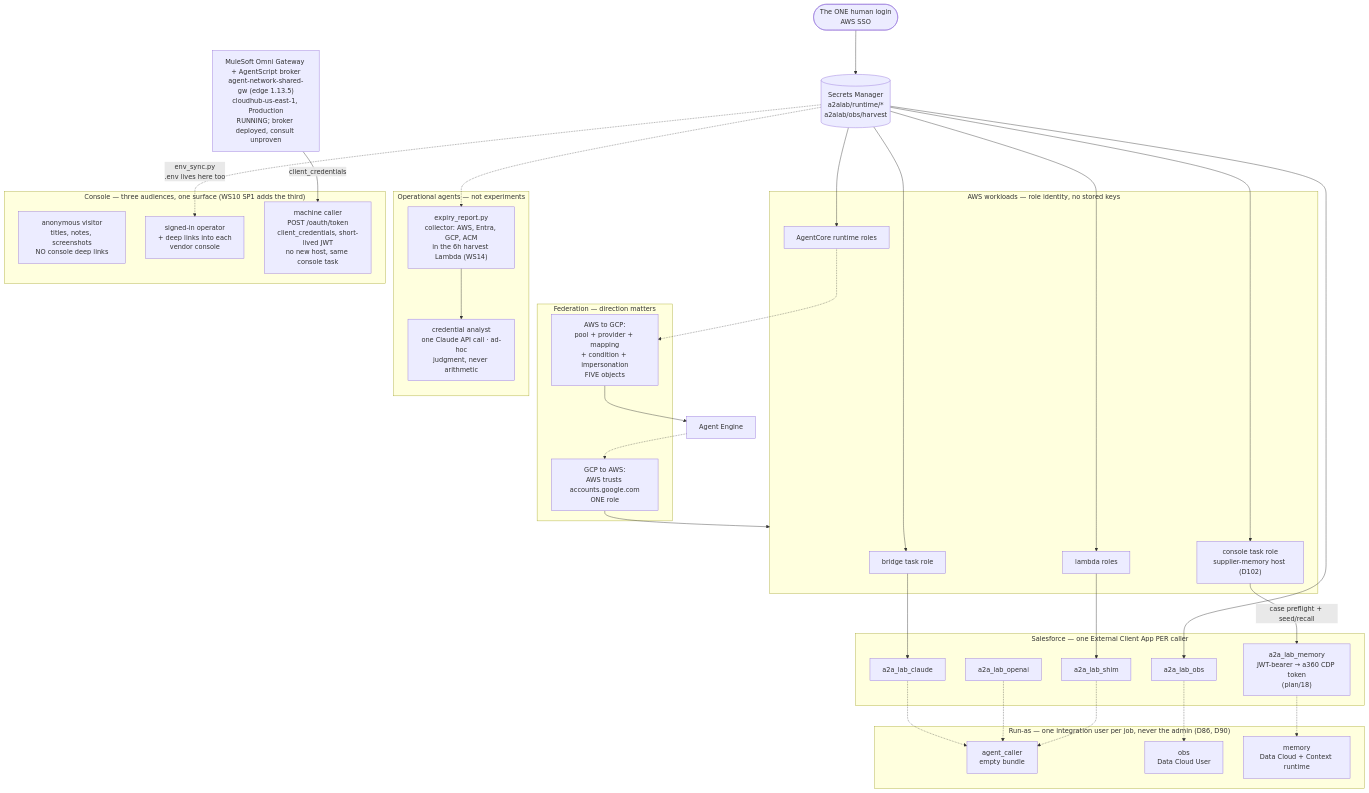
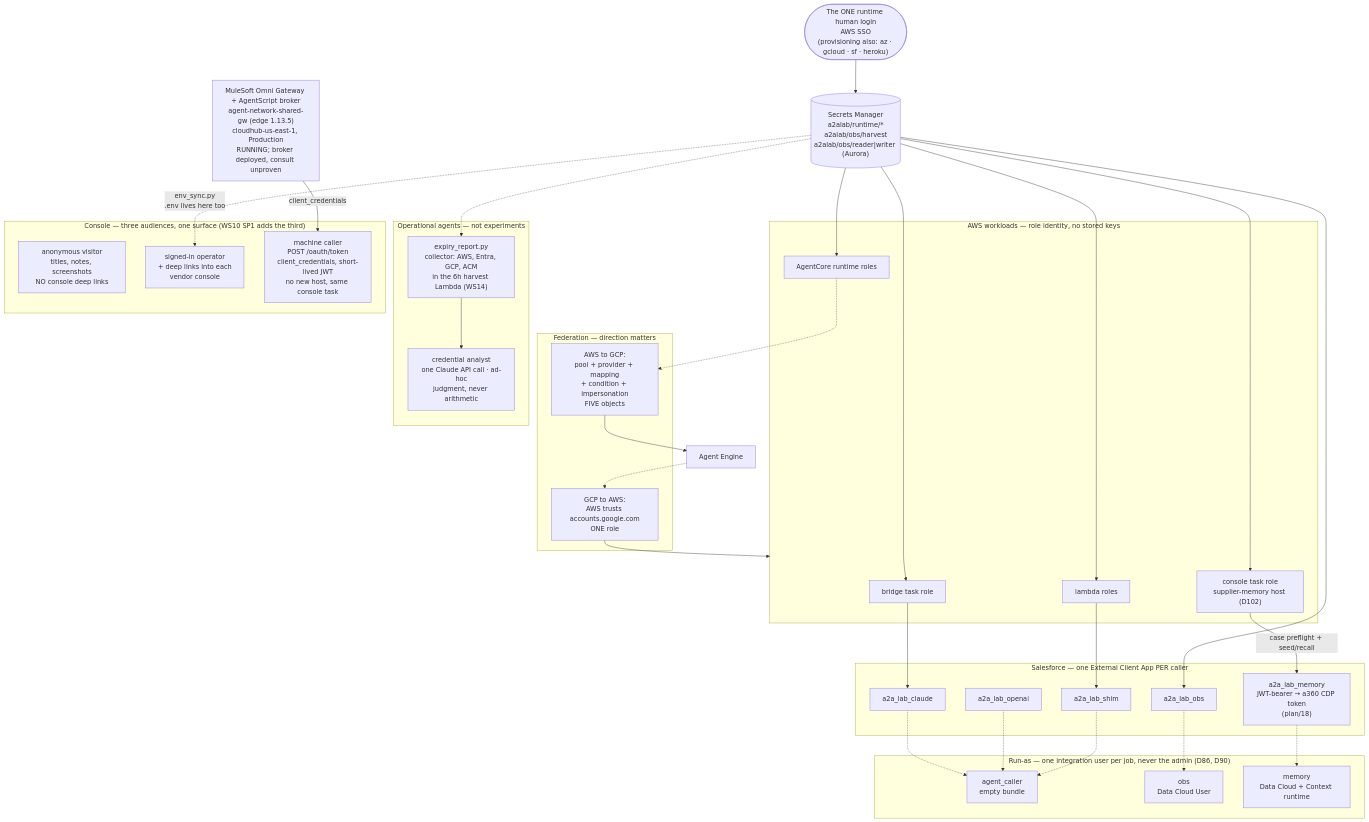
One commit to congmingwudi/a2a-lab changed the sixth of 11 diagrams in plan/09-deployment-map.md. Above: the diagram before and after it, drawn with Mermaid. The commit also changed other lines of this file and 2 other files, not shown here.

````diff
--- a/plan/09-deployment-map.md
+++ b/plan/09-deployment-map.md
@@ -416,64 +427,64 @@
 ```mermaid
 flowchart TB
-  HUMAN(["The ONE human login<br/>AWS SSO"])
-  HUMAN --> SM[("Secrets Manager<br/>a2alab/runtime/*<br/>a2alab/obs/harvest")]
+  HUMAN(["The ONE runtime human login<br/>AWS SSO<br/>(provisioning also: az · gcloud · sf · heroku)"])
+  HUMAN --> SM[("Secrets Manager<br/>a2alab/runtime/*<br/>a2alab/obs/harvest<br/>a2alab/obs/reader|writer (Aurora)")]
 
   subgraph AWSID["AWS workloads — role identity, no stored keys"]
     TR["bridge task role"]
     LR["lambda roles"]
     AR["AgentCore runtime roles"]
     CT["console task role<br/>supplier-memory host (D102)"]
   end
   SM --> TR
   SM --> LR
   SM --> AR
   SM --> CT
 
   subgraph SFID["Salesforce — one External Client App PER caller"]
     E1["a2a_lab_claude"]
     E2["a2a_lab_openai"]
     E3["a2a_lab_shim"]
     E4["a2a_lab_obs"]
     E5["a2a_lab_memory<br/>JWT-bearer → a360 CDP token<br/>(plan/18)"]
   end
   subgraph SFU["Run-as — one integration user per job, never the admin (D86, D90)"]
     U1["agent_caller<br/>empty bundle"]
     U2["obs<br/>Data Cloud User"]
     U3["memory<br/>Data Cloud + Context runtime"]
   end
   E1 -.-> U1
   E2 -.-> U1
   E3 -.-> U1
   E4 -.-> U2
   E5 -.-> U3
   TR --> E1
   LR --> E3
   SM --> E4
   CT -->|"case preflight + seed/recall"| E5
 
   subgraph FED["Federation — direction matters"]
     G2A["GCP to AWS:<br/>AWS trusts accounts.google.com<br/>ONE role"]
     A2G["AWS to GCP:<br/>pool + provider + mapping<br/>+ condition + impersonation<br/>FIVE objects"]
   end
   AR -.-> A2G
   A2G --> ADKX["Agent Engine"]
   ADKX -.-> G2A
   G2A --> AWSID
 
   subgraph OPS["Operational agents — not experiments"]
     EXP["expiry_report.py<br/>collector: AWS, Entra, GCP, ACM<br/>in the 6h harvest Lambda (WS14)"]
     CANA["credential analyst<br/>one Claude API call · ad-hoc<br/>judgment, never arithmetic"]
     EXP --> CANA
   end
   SM -.-> EXP
 
   subgraph PUB["Console — three audiences, one surface (WS10 SP1 adds the third)"]
     ANON["anonymous visitor<br/>titles, notes, screenshots<br/>NO console deep links"]
     OPER["signed-in operator<br/>+ deep links into each<br/>vendor console"]
     MACH["machine caller<br/>POST /oauth/token<br/>client_credentials, short-lived JWT<br/>no new host, same console task"]
   end
   SM -.->|"env_sync.py<br/>.env lives here too"| OPER
 
   MULE["MuleSoft Omni Gateway + AgentScript broker<br/>agent-network-shared-gw (edge 1.13.5)<br/>cloudhub-us-east-1, Production<br/>RUNNING; broker deployed, consult unproven"]
   MULE -->|"client_credentials"| MACH
 ```
````
